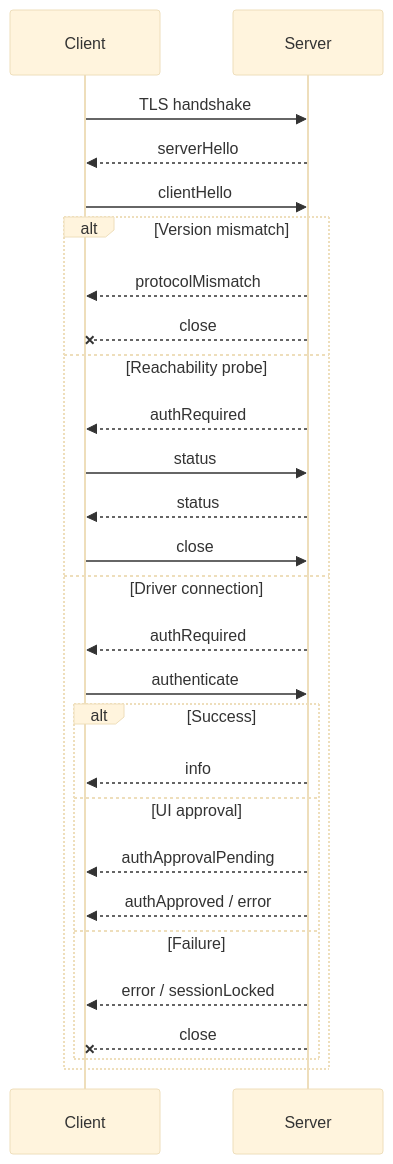
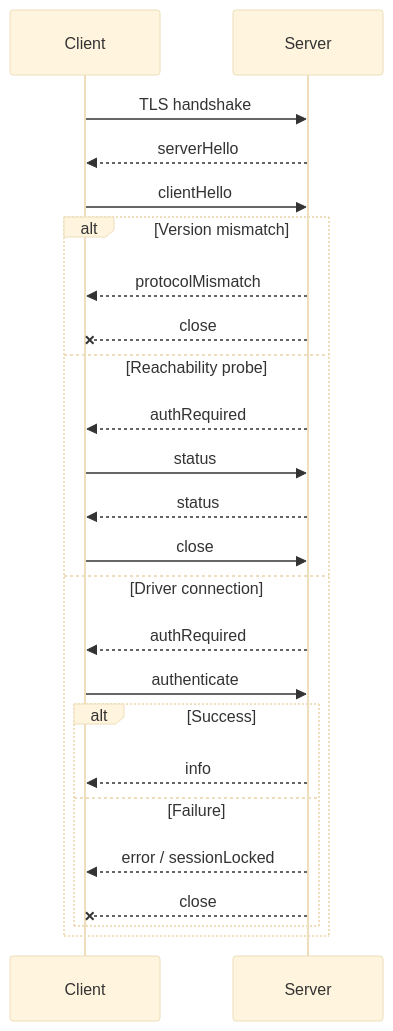
Before and after one commit to RoyalPineapple/TheButtonHeist: the diagram in docs/WIRE-PROTOCOL.md, drawn with Mermaid (base theme). The commit also changed other lines of this file and 71 other files, not shown here.

````diff
--- a/docs/WIRE-PROTOCOL.md
+++ b/docs/WIRE-PROTOCOL.md
@@ -73,31 +71,28 @@
 ```mermaid
 sequenceDiagram
     participant Client
     participant Server
 
     Client->>Server: TLS handshake
     Server-->>Client: serverHello
     Client->>Server: clientHello
 
     alt Version mismatch
         Server-->>Client: protocolMismatch
         Server--xClient: close
     else Reachability probe
         Server-->>Client: authRequired
         Client->>Server: status
         Server-->>Client: status
         Client->>Server: close
     else Driver connection
         Server-->>Client: authRequired
         Client->>Server: authenticate
         alt Success
             Server-->>Client: info
-        else UI approval
-            Server-->>Client: authApprovalPending
-            Server-->>Client: authApproved / error
         else Failure
             Server-->>Client: error / sessionLocked
             Server--xClient: close
         end
     end
 ```
````
